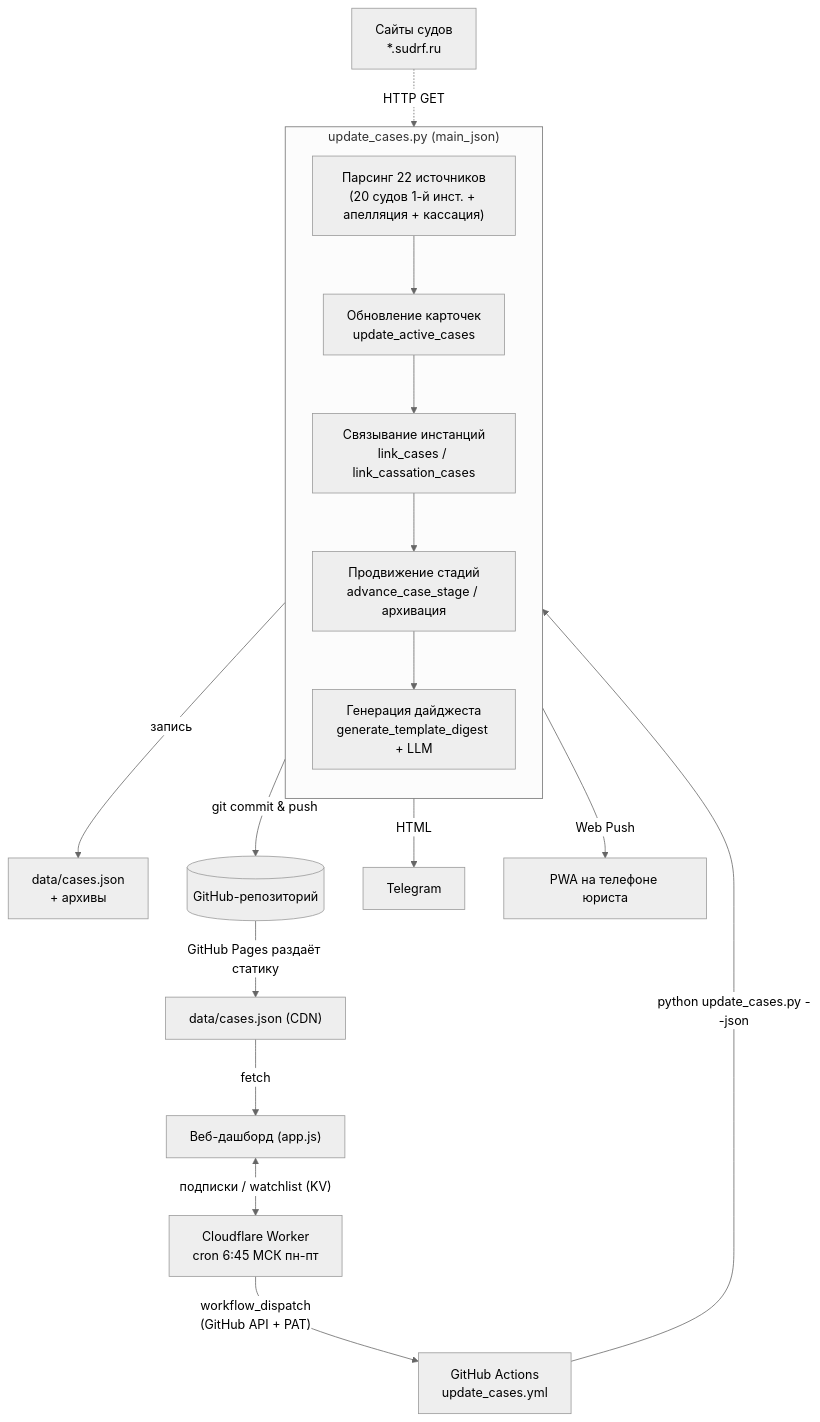
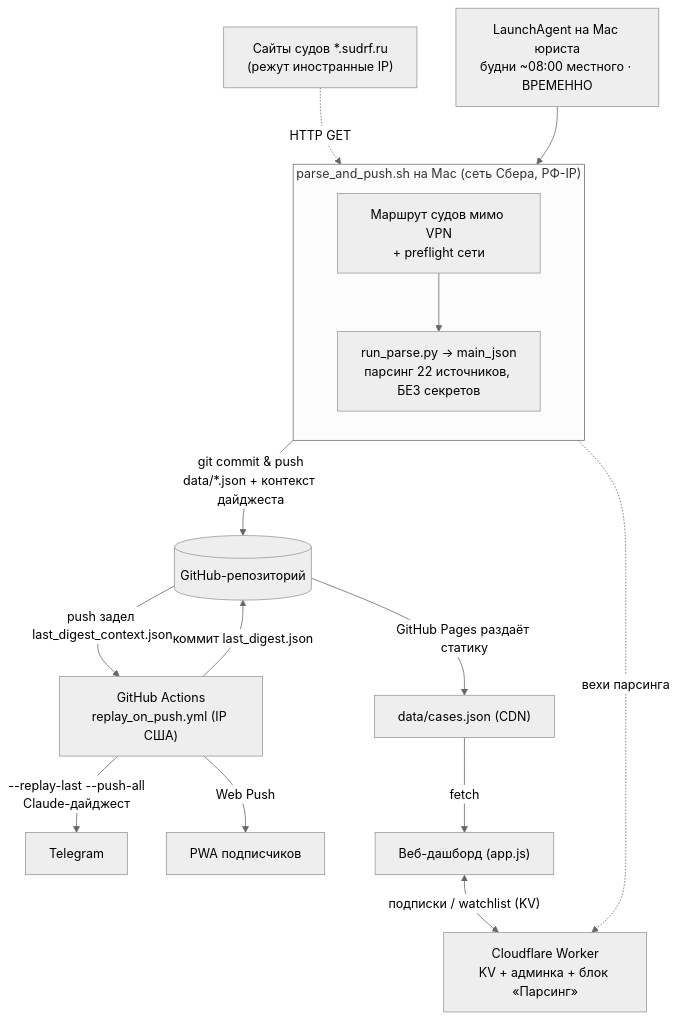
One commit to SelivanovAS/dashboard changed the diagram in docs/technical/01-обзор-и-архитектура.md. Above: the diagram before and after it, drawn with Mermaid (neutral theme). The commit also changed other lines of this file and 5 other files, not shown here.

First line of the commit message:
📚 Техдокументация: временная схема D2 (Mac-парсинг) вместо Worker-cron

````diff
--- a/docs/technical/01-обзор-и-архитектура.md
+++ b/docs/technical/01-обзор-и-архитектура.md
@@ -42,25 +52,24 @@
 ```mermaid
 flowchart TD
-    CRON["Cloudflare Worker<br/>cron 6:45 МСК пн-пт"] -->|"workflow_dispatch<br/>(GitHub API + PAT)"| GHA
-    GHA["GitHub Actions<br/>update_cases.yml"] -->|"python update_cases.py --json"| SCRIPT
+    LAUNCHD["LaunchAgent на Mac юриста<br/>будни ~08:00 местного · ВРЕМЕННО"] --> WRAP
 
-    subgraph SCRIPT["update_cases.py (main_json)"]
+    subgraph WRAP["parse_and_push.sh на Mac (сеть Сбера, РФ-IP)"]
         direction TB
-        PARSE["Парсинг 22 источников<br/>(20 судов 1-й инст. + апелляция + кассация)"]
-        UPDATE["Обновление карточек<br/>update_active_cases"]
-        LINK["Связывание инстанций<br/>link_cases / link_cassation_cases"]
-        STATE["Продвижение стадий<br/>advance_case_stage / архивация"]
-        DIGEST["Генерация дайджеста<br/>generate_template_digest + LLM"]
-        PARSE --> UPDATE --> LINK --> STATE --> DIGEST
+        ROUTE["Маршрут судов мимо VPN<br/>+ preflight сети"]
+        SCRIPT["run_parse.py → main_json<br/>парсинг 22 источников, БЕЗ секретов"]
+        ROUTE --> SCRIPT
     end
 
-    COURTS["Сайты судов<br/>*.sudrf.ru"] -.HTTP GET.-> PARSE
-    SCRIPT -->|"запись"| JSON["data/cases.json<br/>+ архивы"]
-    SCRIPT -->|"git commit & push"| REPO[("GitHub-репозиторий")]
-    DIGEST -->|"HTML"| TG["Telegram"]
-    DIGEST -->|"Web Push"| PUSH["PWA на телефоне юриста"]
+    COURTS["Сайты судов *.sudrf.ru<br/>(режут иностранные IP)"] -.HTTP GET.-> SCRIPT
+    WRAP -->|"git commit & push<br/>data/*.json + контекст дайджеста"| REPO[("GitHub-репозиторий")]
+    WRAP -.вехи парсинга.-> ADMIN["Cloudflare Worker<br/>KV + админка + блок «Парсинг»"]
+
+    REPO -->|"push задел last_digest_context.json"| REPLAY["GitHub Actions<br/>replay_on_push.yml (IP США)"]
+    REPLAY -->|"--replay-last --push-all<br/>Claude-дайджест"| TG["Telegram"]
+    REPLAY -->|"Web Push"| PUSH["PWA подписчиков"]
+    REPLAY -->|"коммит last_digest.json"| REPO
 
     REPO -->|"GitHub Pages раздаёт статику"| PAGES["data/cases.json (CDN)"]
     PAGES -->|"fetch"| DASH["Веб-дашборд (app.js)"]
-    DASH <-->|"подписки / watchlist (KV)"| CRON
+    DASH <-->|"подписки / watchlist (KV)"| ADMIN
 ```
````
